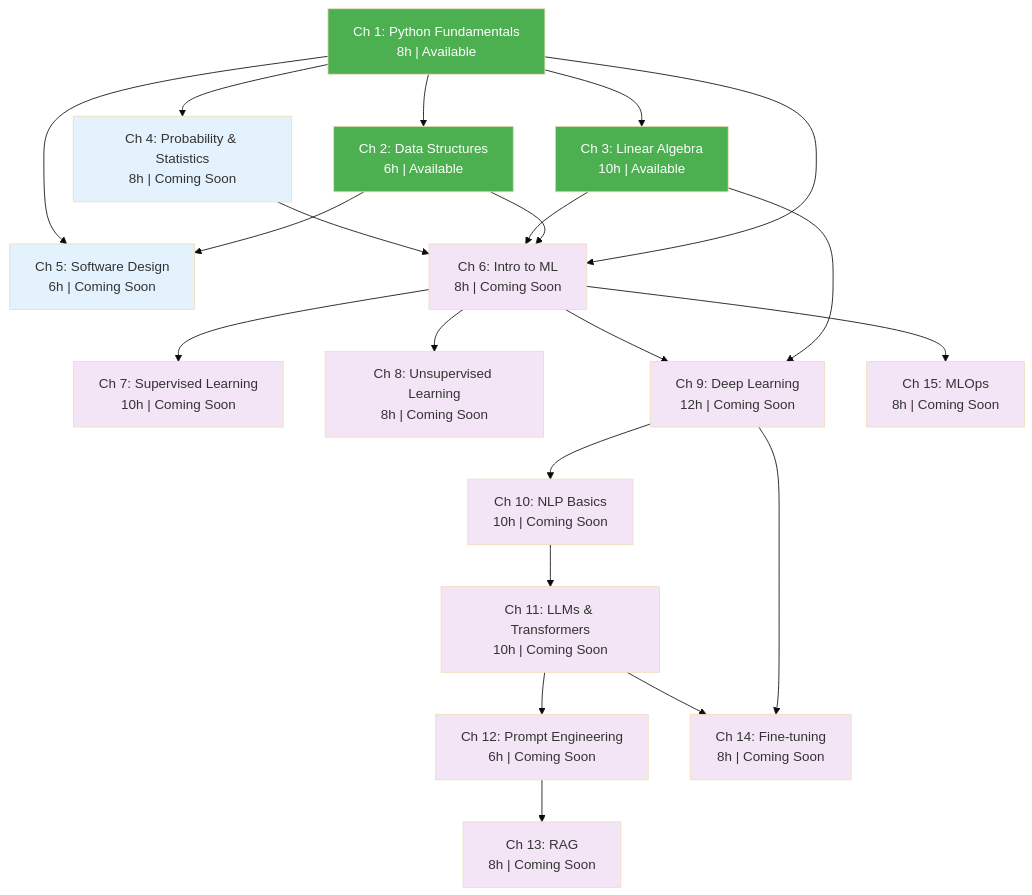
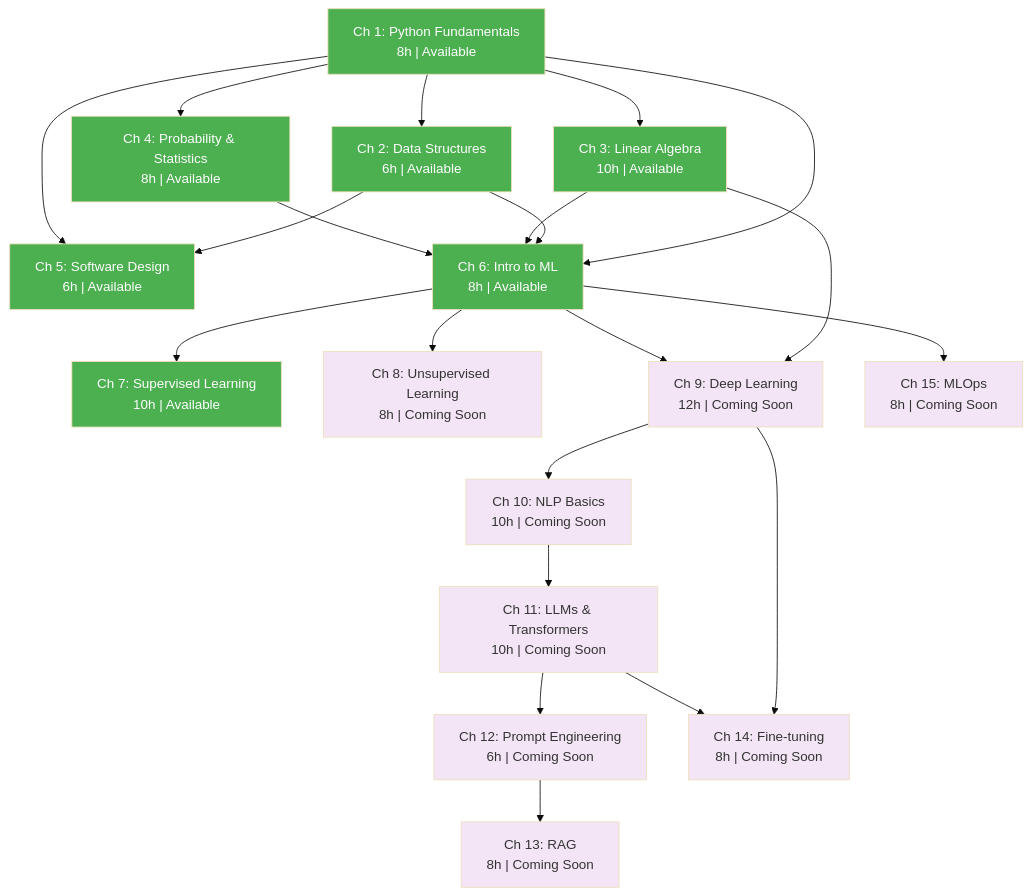
The diagram in SYLLABUS.md (luigipascal/berta-chapters), drawn with Mermaid (base theme) before and after one commit. The commit also changed other lines of this file and 2 other files, not shown here.

Commit message:
Update README, SYLLABUS, and interactive hub for 7 available chapters
- README: Chapters 1-7 marked as available with links
- SYLLABUS: updated mermaid diagram (7 green nodes), status table, SVG counts
- Interactive hub: AVAILABLE_CHAPTERS expanded to {1,2,3,4,5,6,7}
- Foundation Track complete (Ch 1-5), Practitioner Track started (Ch 6-7)

````diff
--- a/SYLLABUS.md
+++ b/SYLLABUS.md
@@ -9,59 +9,59 @@
 ```mermaid
 graph TD
     CH1["Ch 1: Python Fundamentals<br/>8h | Available"]
     CH2["Ch 2: Data Structures<br/>6h | Available"]
     CH3["Ch 3: Linear Algebra<br/>10h | Available"]
-    CH4["Ch 4: Probability & Statistics<br/>8h | Coming Soon"]
-    CH5["Ch 5: Software Design<br/>6h | Coming Soon"]
+    CH4["Ch 4: Probability & Statistics<br/>8h | Available"]
+    CH5["Ch 5: Software Design<br/>6h | Available"]
 
-    CH6["Ch 6: Intro to ML<br/>8h | Coming Soon"]
-    CH7["Ch 7: Supervised Learning<br/>10h | Coming Soon"]
+    CH6["Ch 6: Intro to ML<br/>8h | Available"]
+    CH7["Ch 7: Supervised Learning<br/>10h | Available"]
     CH8["Ch 8: Unsupervised Learning<br/>8h | Coming Soon"]
     CH9["Ch 9: Deep Learning<br/>12h | Coming Soon"]
     CH10["Ch 10: NLP Basics<br/>10h | Coming Soon"]
     CH11["Ch 11: LLMs & Transformers<br/>10h | Coming Soon"]
     CH12["Ch 12: Prompt Engineering<br/>6h | Coming Soon"]
     CH13["Ch 13: RAG<br/>8h | Coming Soon"]
     CH14["Ch 14: Fine-tuning<br/>8h | Coming Soon"]
     CH15["Ch 15: MLOps<br/>8h | Coming Soon"]
 
     CH1 --> CH2
     CH1 --> CH3
     CH1 --> CH4
     CH2 --> CH5
     CH1 --> CH5
 
     CH1 --> CH6
     CH2 --> CH6
     CH3 --> CH6
     CH4 --> CH6
 
     CH6 --> CH7
     CH6 --> CH8
     CH3 --> CH9
     CH6 --> CH9
 
     CH9 --> CH10
     CH10 --> CH11
     CH11 --> CH12
     CH12 --> CH13
     CH9 --> CH14
     CH11 --> CH14
     CH6 --> CH15
 
     style CH1 fill:#4caf50,color:#fff
     style CH2 fill:#4caf50,color:#fff
     style CH3 fill:#4caf50,color:#fff
-    style CH4 fill:#e3f2fd
-    style CH5 fill:#e3f2fd
-    style CH6 fill:#f3e5f5
-    style CH7 fill:#f3e5f5
+    style CH4 fill:#4caf50,color:#fff
+    style CH5 fill:#4caf50,color:#fff
+    style CH6 fill:#4caf50,color:#fff
+    style CH7 fill:#4caf50,color:#fff
     style CH8 fill:#f3e5f5
     style CH9 fill:#f3e5f5
     style CH10 fill:#f3e5f5
     style CH11 fill:#f3e5f5
     style CH12 fill:#f3e5f5
     style CH13 fill:#f3e5f5
     style CH14 fill:#f3e5f5
     style CH15 fill:#f3e5f5
 ```
````
